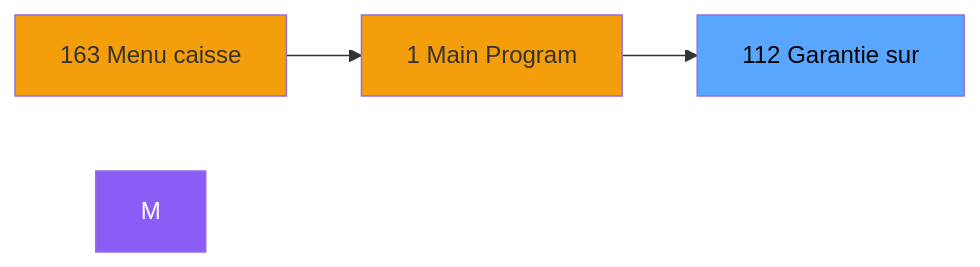
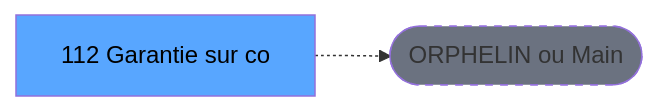
The second of 3 diagrams in .openspec/renders/ADH-IDE-112.md (thonyAGP/lecteur-magic), drawn with Mermaid before and after one commit. The commit also changed other lines of this file and 701 other files, not shown here.

````diff
--- a/.openspec/renders/ADH-IDE-112.md
+++ b/.openspec/renders/ADH-IDE-112.md
@@ -141,12 +138,8 @@
 ```mermaid
 graph LR
-    N163[163 Menu caisse ]
-    N1[1 Main Program]
-    T[112 Garantie sur]
-    N163 --> N1
-    N1 --> T
-    style M fill:#8b5cf6,color:#fff
-    style N163 fill:#f59e0b
-    style N1 fill:#f59e0b
+    T[112 Garantie sur co]
+    ORPHAN([ORPHELIN ou Main])
+    T -.-> ORPHAN
     style T fill:#58a6ff,color:#000
+    style ORPHAN fill:#6b7280,stroke-dasharray: 5 5
 ```
````
